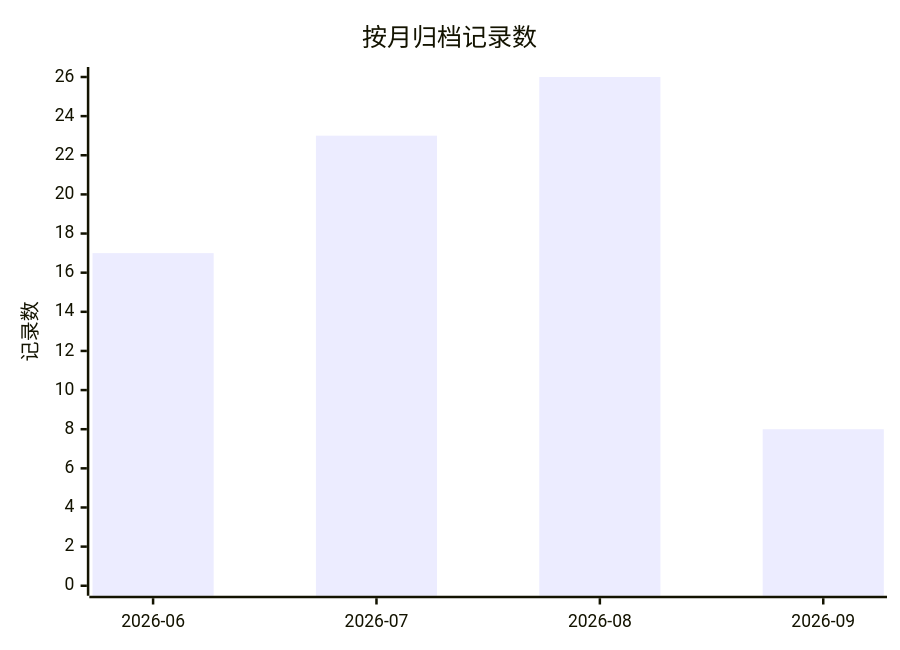
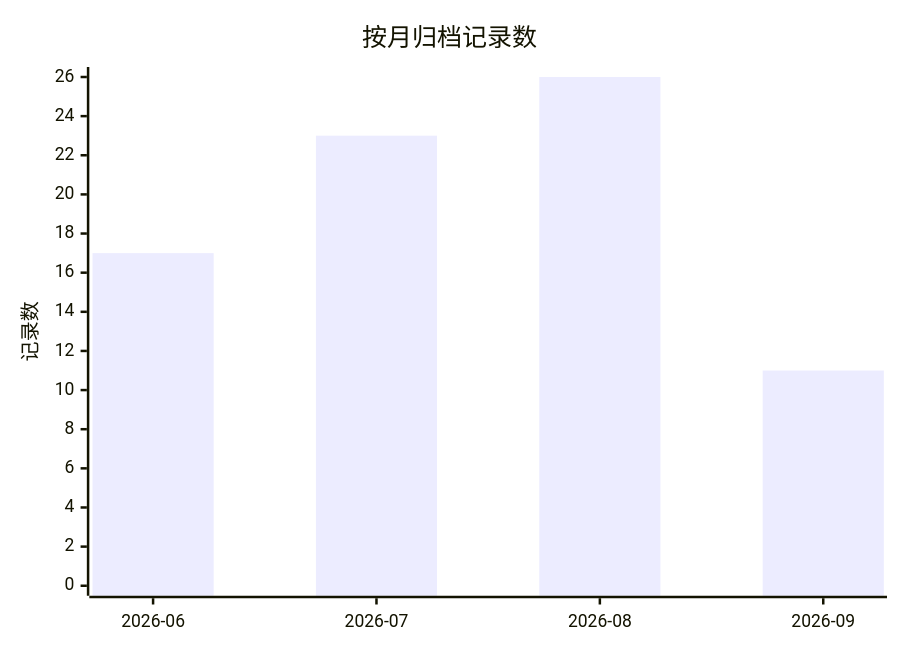
One commit to golddream-y/obsidian-ratel changed the first of 2 diagrams in docs/superpowers/ARCHIVE.md. Above: the diagram before and after it, drawn with Mermaid. The commit also changed other lines of this file and 8 other files, not shown here.

````diff
--- a/docs/superpowers/ARCHIVE.md
+++ b/docs/superpowers/ARCHIVE.md
@@ -14,7 +14,7 @@
 ```mermaid
 xychart-beta
     title "按月归档记录数"
     x-axis ["2026-06", "2026-07", "2026-08", "2026-09"]
     y-axis "记录数" 0 --> 26
-    bar [17, 23, 26, 8]
+    bar [17, 23, 26, 11]
 ```
````
